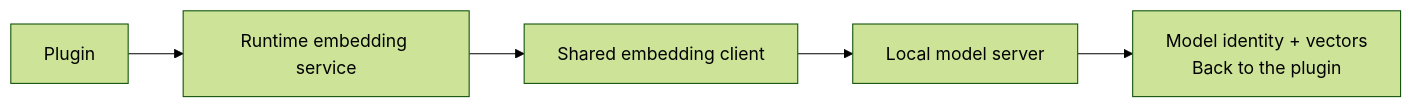
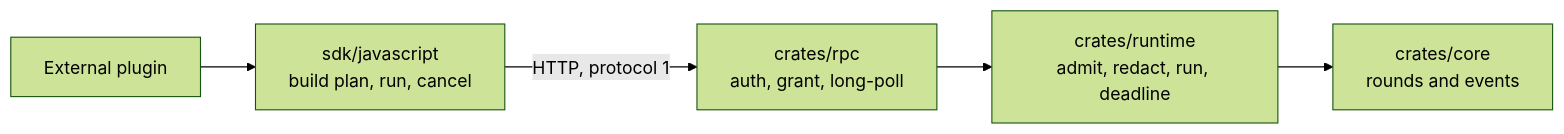
One commit to StevenJPx2/chauffeur changed the fifth of 5 diagrams in docs/plans/pluggability.md. Above: the diagram before and after it, drawn with Mermaid (forest theme). The commit also changed other lines of this file, not shown here.

First line of the commit message:
docs(plans): parity with main, release cutover, and the slice 2 plan

````diff
--- a/docs/plans/pluggability.md
+++ b/docs/plans/pluggability.md
@@ -33,7 +448,7 @@
 ```mermaid
 flowchart LR
-    Plugin["Plugin"] --> Service["Runtime embedding service"]
-    Service --> Client["Shared embedding client"]
-    Client --> Server["Local model server"]
-    Server --> Vectors["Model identity + vectors<br/>Back to the plugin"]
+    Plugin["External plugin"] --> Sdk["sdk/javascript<br/>build plan, run, cancel"]
+    Sdk -- "HTTP, protocol 1" --> Rpc["crates/rpc<br/>auth, grant, long-poll"]
+    Rpc --> Runtime["crates/runtime<br/>admit, redact, run, deadline"]
+    Runtime --> Core["crates/core<br/>rounds and events"]
 ```
````
